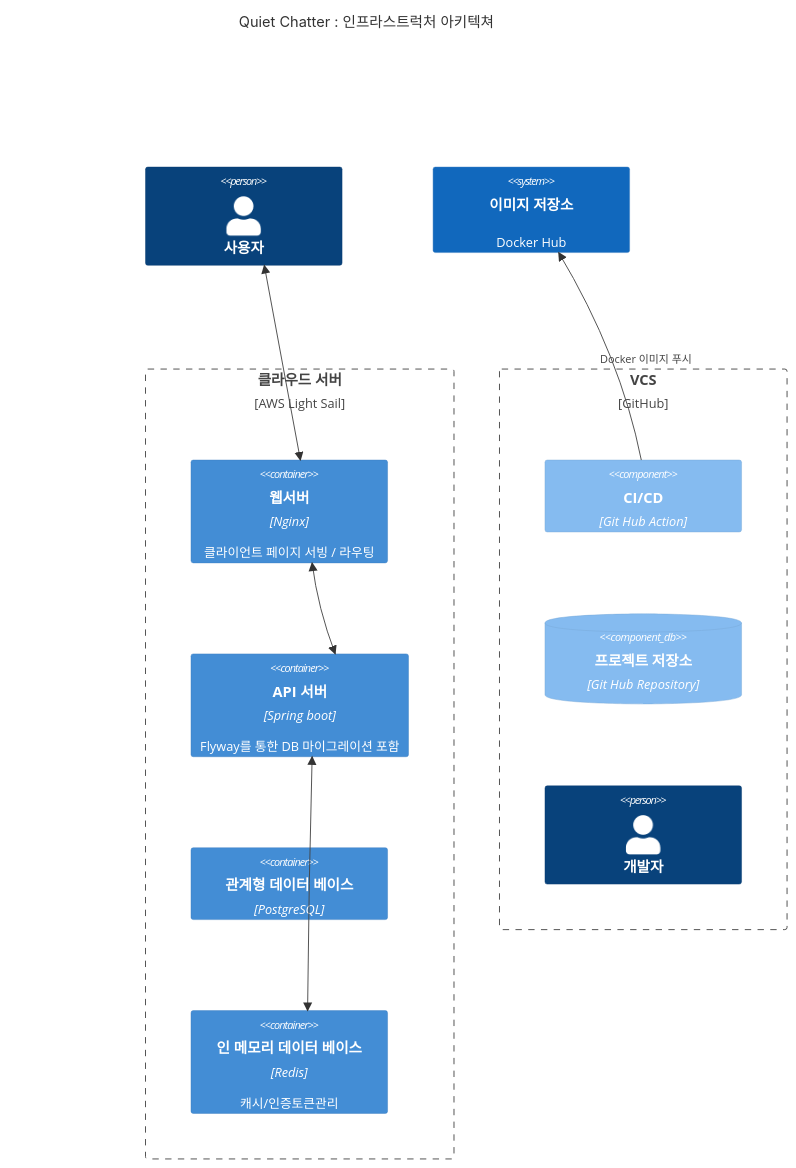
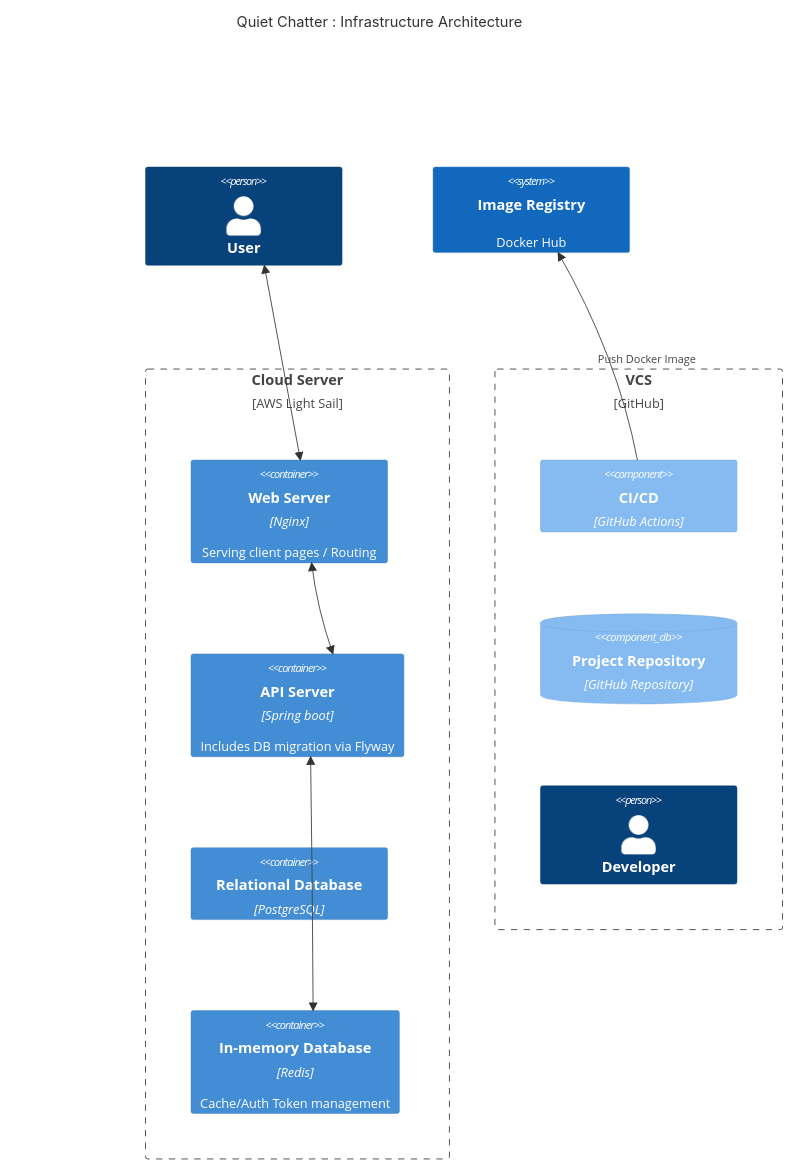
Before and after one commit to MASKUN2/quiet-chatter: the first of 2 diagrams in docs/guide/infra_architecture_guide.md, drawn with Mermaid. The commit also changed other lines of this file and 66 other files, not shown here.

````diff
--- a/docs/guide/infra_architecture_guide.md
+++ b/docs/guide/infra_architecture_guide.md
@@ -3,23 +3,23 @@
 ```mermaid
     C4Context
-    title Quiet Chatter : 인프라스트럭처 아키텍쳐
-    Person(user, "사용자")
+    title Quiet Chatter : Infrastructure Architecture
+    Person(user, "User")
 
-    Boundary(system, "클라우드 서버", "AWS Light Sail") {
-        Container(ws, "웹서버", "Nginx", "클라이언트 페이지 서빙 / 라우팅")
-        Container(api_server, "API 서버", "Spring boot", "Flyway를 통한 DB 마이그레이션 포함")
-        Container(db, "관계형 데이터 베이스", "PostgreSQL")
-        Container(in_memory_db, "인 메모리 데이터 베이스", "Redis", "캐시/인증토큰관리")
+    Boundary(system, "Cloud Server", "AWS Light Sail") {
+        Container(ws, "Web Server", "Nginx", "Serving client pages / Routing")
+        Container(api_server, "API Server", "Spring boot", "Includes DB migration via Flyway")
+        Container(db, "Relational Database", "PostgreSQL")
+        Container(in_memory_db, "In-memory Database", "Redis", "Cache/Auth Token management")
     }
 
     Boundary(git, "VCS", "GitHub") {
-        Component(gitAction, "CI/CD", "Git Hub Action")
-        ComponentDb(repository, "프로젝트 저장소", "Git Hub Repository")
-        Person(developer, "개발자")
+        Component(gitAction, "CI/CD", "GitHub Actions")
+        ComponentDb(repository, "Project Repository", "GitHub Repository")
+        Person(developer, "Developer")
     }
-    System(dockerhub, "이미지 저장소", "Docker Hub")
+    System(dockerhub, "Image Registry", "Docker Hub")
     BiRel(user, ws, "")
-    Rel(gitAction, dockerhub, "Docker 이미지 푸시")
+    Rel(gitAction, dockerhub, "Push Docker Image")
     BiRel(ws, api_server, "")
     BiRel(in_memory_db, api_server, "")
 ```
````
